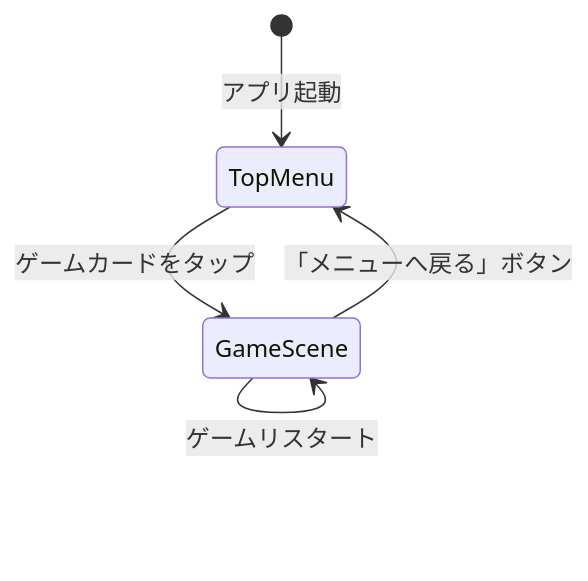
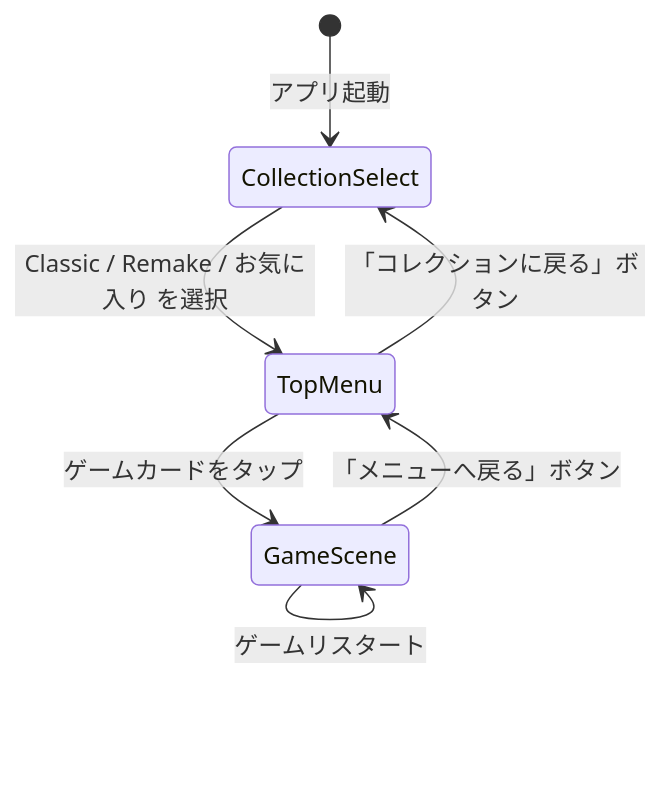
The diagram in docs/architecture.md (OumeiSatoKenta/cc_unity_maker), drawn with Mermaid before and after one commit. The commit also changed other lines of this file and 3 other files, not shown here.

Commit message:
docs: update architecture/guidelines/structure for classic/remake split

````diff
--- a/docs/architecture.md
+++ b/docs/architecture.md
@@ -181,7 +251,9 @@
 ```mermaid
 stateDiagram-v2
-    [*] --> TopMenu : アプリ起動
+    [*] --> CollectionSelect : アプリ起動
+    CollectionSelect --> TopMenu : Classic / Remake / お気に入り を選択
     TopMenu --> GameScene : ゲームカードをタップ
     GameScene --> TopMenu : 「メニューへ戻る」ボタン
     GameScene --> GameScene : ゲームリスタート
+    TopMenu --> CollectionSelect : 「コレクションに戻る」ボタン
 ```
````
